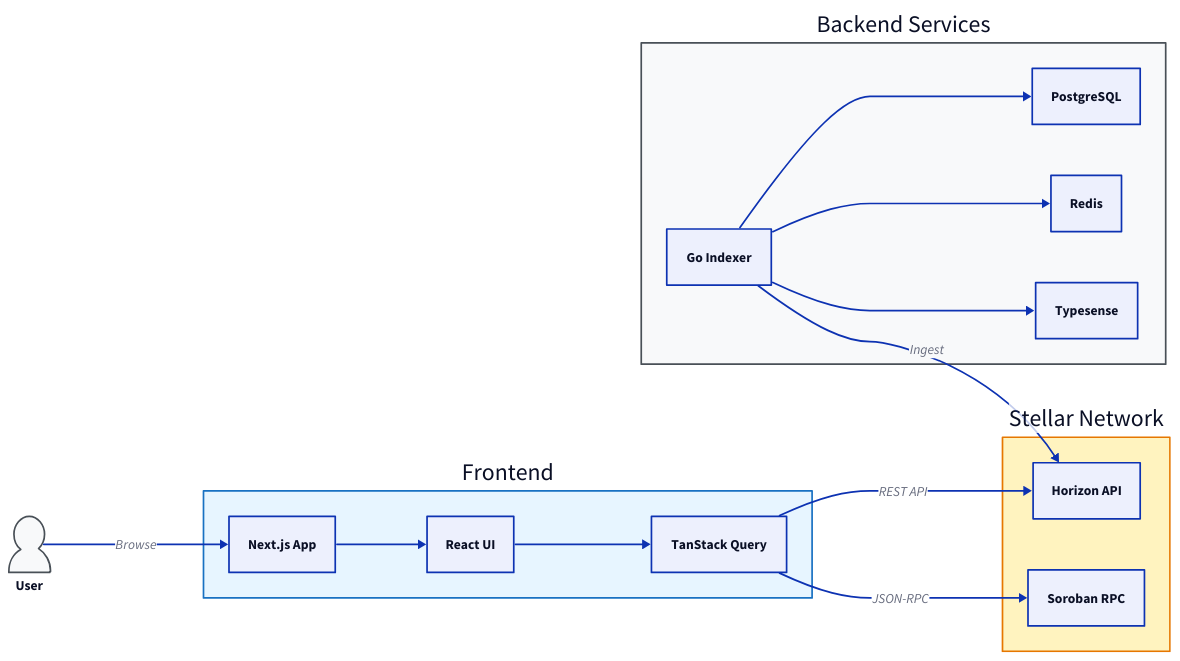
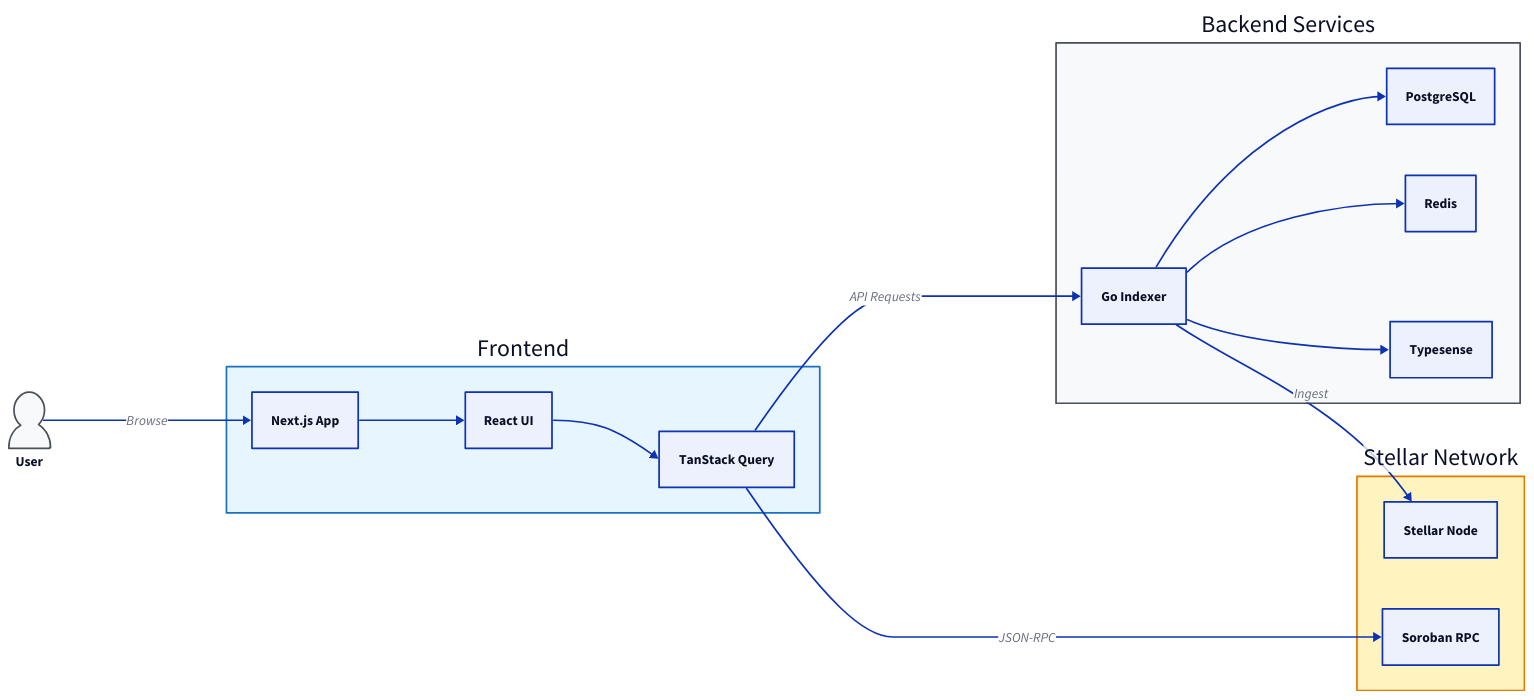
Before and after one commit to salazarsebas/stellar-explorer: the diagram in docs/d2/architecture-overview.d2, drawn with D2. The commit also changed 9 other files, not shown here.

```diff
--- a/docs/d2/architecture-overview.d2
+++ b/docs/d2/architecture-overview.d2
@@ -1,49 +1,49 @@
 direction: right
 
 user: User {
   shape: person
   style: {
     fill: "#f8f9fa"
     stroke: "#495057"
   }
 }
 
 frontend: Frontend {
   style: {
     fill: "#e7f5ff"
     stroke: "#1971c2"
   }
   next: Next.js App
   ui: React UI
   query: TanStack Query
   next -> ui
   ui -> query
 }
 
 services: Backend Services {
   style: {
     fill: "#f8f9fa"
     stroke: "#495057"
   }
   indexer: Go Indexer
   pg: PostgreSQL
   redis: Redis
   search: Typesense
   indexer -> pg
   indexer -> redis
   indexer -> search
 }
 
 stellar: Stellar Network {
   style: {
     fill: "#fff3bf"
     stroke: "#e67700"
   }
-  horizon: Horizon API
+  node: Stellar Node
   rpc: Soroban RPC
 }
 
 user -> frontend.next: Browse
-frontend.query -> stellar.horizon: REST API
+frontend.query -> services.indexer: API Requests
 frontend.query -> stellar.rpc: JSON-RPC
-services.indexer -> stellar.horizon: Ingest
+services.indexer -> stellar.node: Ingest
```
